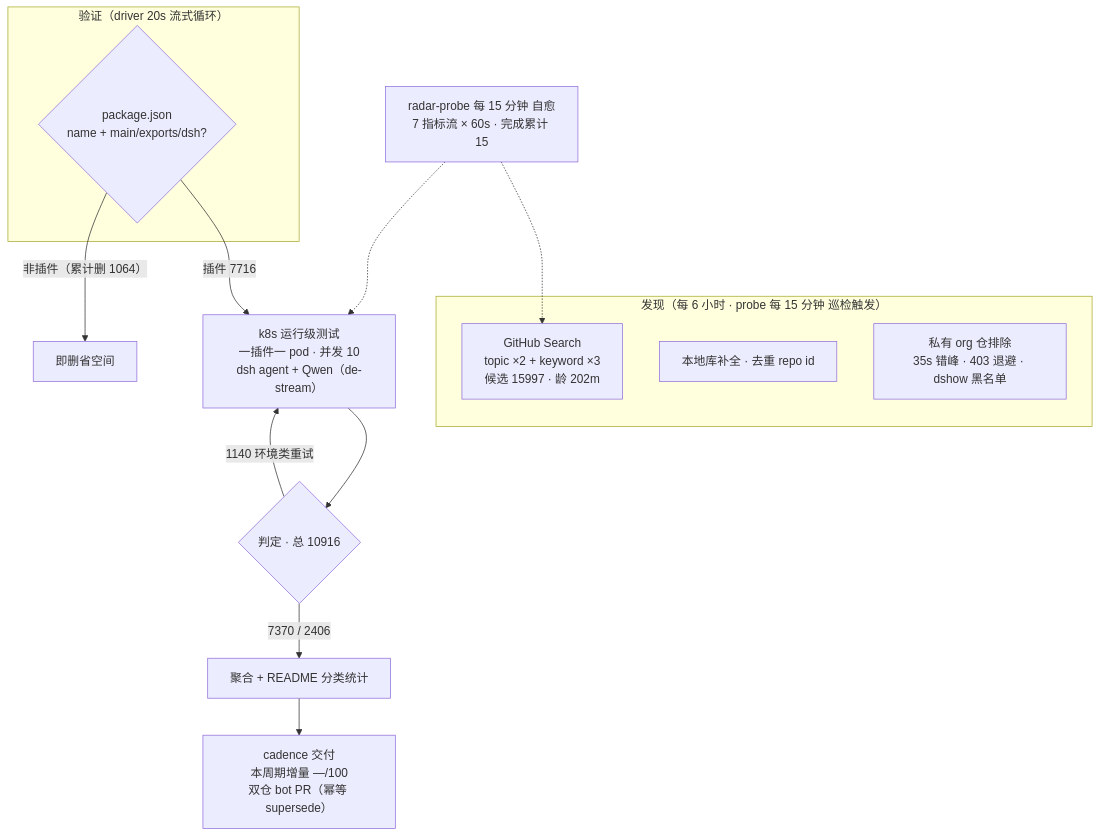
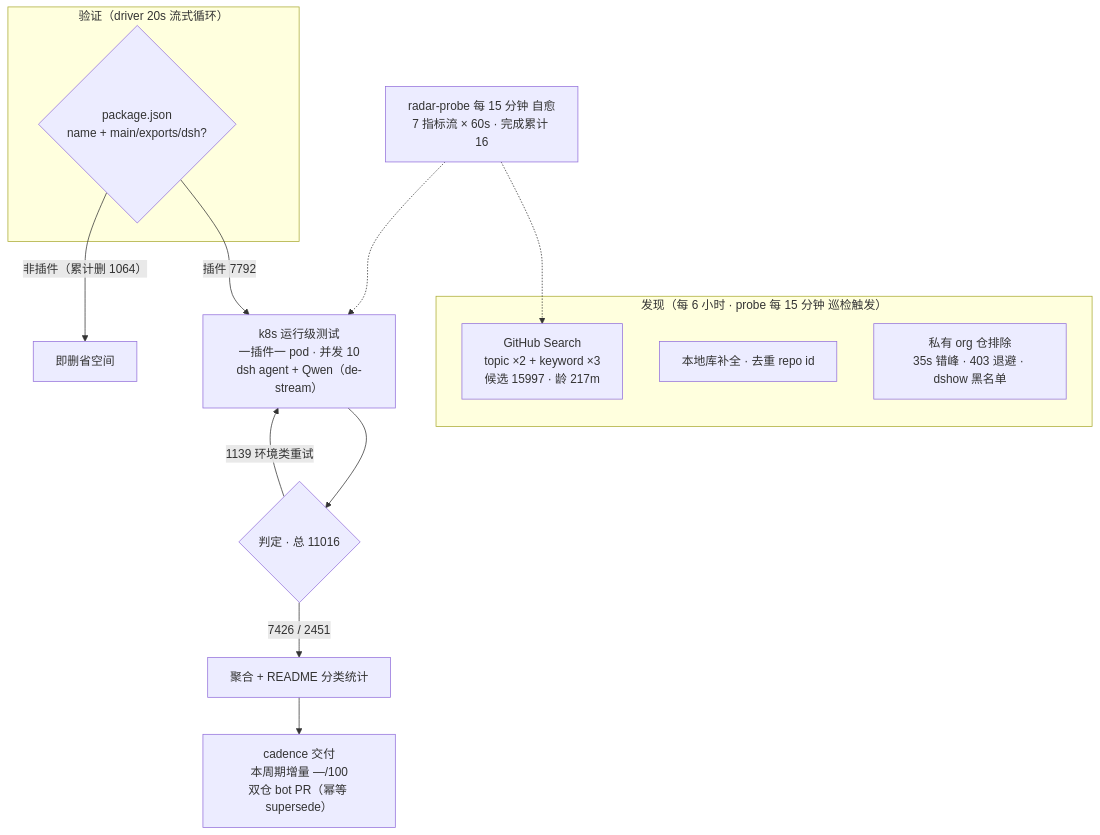
The diagram in README.md (Zhidao-Lab-OSS/awesome-dsh-plugins), drawn with Mermaid before and after one commit. The commit also changed other lines of this file and 1 other file, not shown here.

````diff
--- a/README.md
+++ b/README.md
@@ -37,20 +37,20 @@
 ```mermaid
 flowchart TB
     subgraph Discovery["发现（每 6 小时 · probe 每 15 分钟 巡检触发）"]
-        A1["GitHub Search<br/>topic ×2 + keyword ×3<br/>候选 15997 · 龄 202m"]
+        A1["GitHub Search<br/>topic ×2 + keyword ×3<br/>候选 15997 · 龄 217m"]
         A2["本地库补全 · 去重 repo id"]
         A3["私有 org 仓排除<br/>35s 错峰 · 403 退避 · dshow 黑名单"]
     end
     subgraph Validation["验证（driver 20s 流式循环）"]
         B1{"package.json<br/>name + main/exports/dsh?"}
     end
-    B1 -->|"插件 7716"| C1["k8s 运行级测试<br/>一插件一 pod · 并发 10<br/>dsh agent + Qwen（de-stream）"]
+    B1 -->|"插件 7792"| C1["k8s 运行级测试<br/>一插件一 pod · 并发 10<br/>dsh agent + Qwen（de-stream）"]
     B1 -->|"非插件（累计删 1064）"| B3["即删省空间"]
-    C1 --> D1{"判定 · 总 10916"}
-    D1 -->|"7370 / 2406"| E1["聚合 + README 分类统计"]
-    D1 -->|"1140 环境类重试"| C1
+    C1 --> D1{"判定 · 总 11016"}
+    D1 -->|"7426 / 2451"| E1["聚合 + README 分类统计"]
+    D1 -->|"1139 环境类重试"| C1
     E1 --> E2["cadence 交付<br/>本周期增量 —/100<br/>双仓 bot PR（幂等 supersede）"]
-    M["radar-probe 每 15 分钟 自愈<br/>7 指标流 × 60s · 完成累计 15"]
+    M["radar-probe 每 15 分钟 自愈<br/>7 指标流 × 60s · 完成累计 16"]
     M -.-> A1
     M -.-> C1
 ```
````
